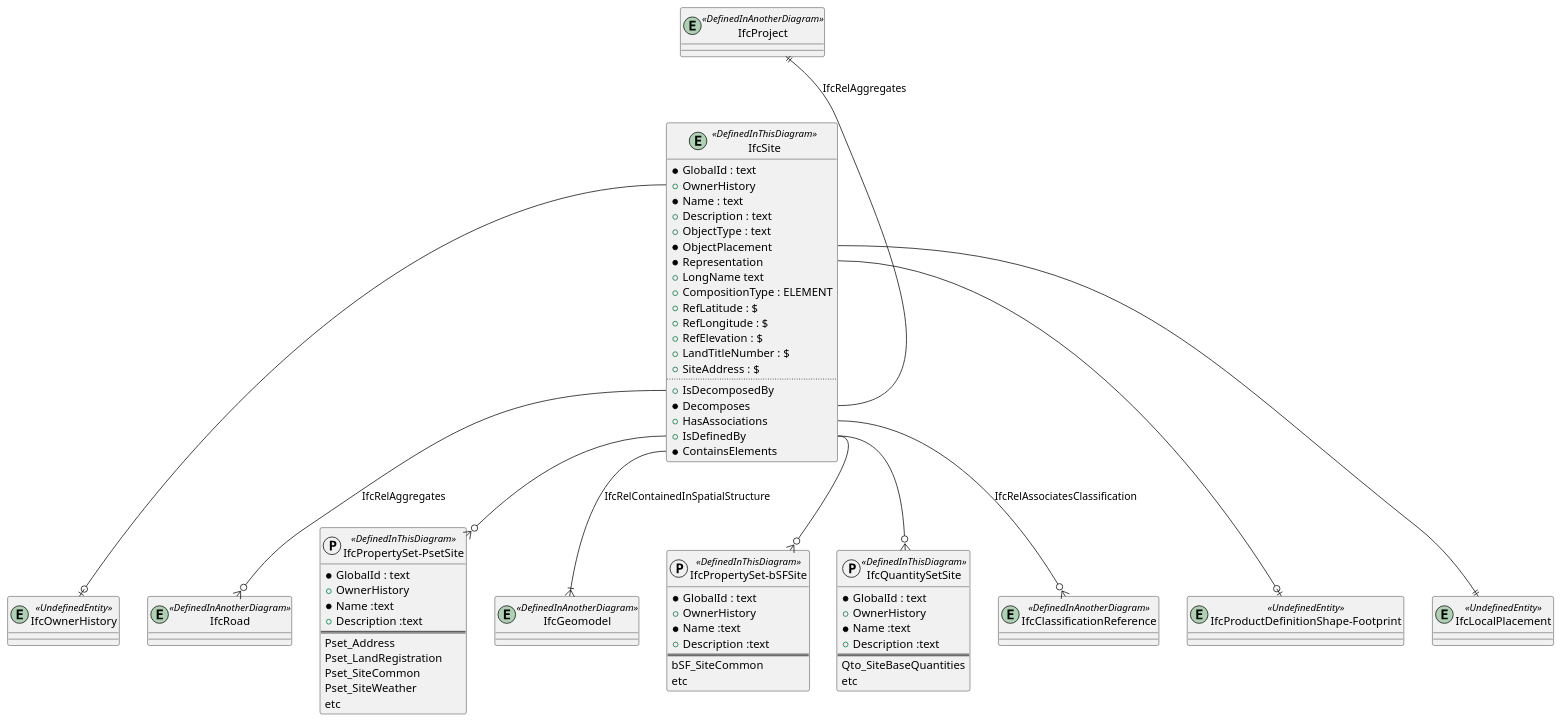
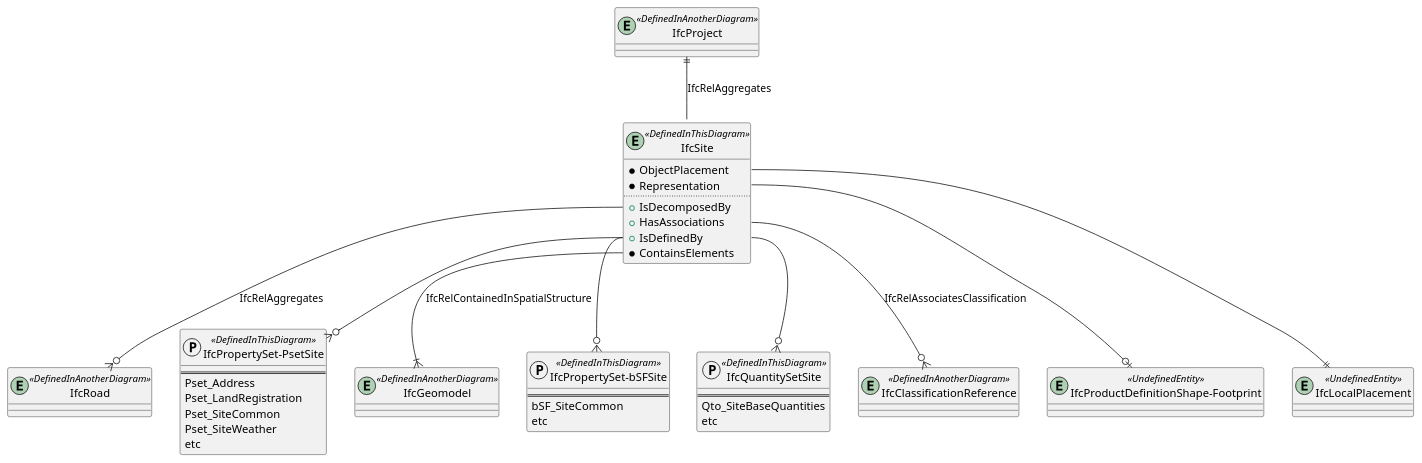
The diagram in diagrams/bsf-IfcSite.pu (buildingSMART-Finland/RYTV-IFCRoute), drawn with PlantUML before and after one commit. The commit also changed 5 other files, not shown here.

Commit message:
Changes to diagrams and markdown - Material related stuff removed - Unused entity members removed - Table format for property sets

```diff
--- a/diagrams/bsf-IfcSite.pu
+++ b/diagrams/bsf-IfcSite.pu
@@ -1,92 +1,65 @@
 @startuml 
 
 entity IfcSite <<DefinedInThisDiagram>>
 {
-  *GlobalId : text
-  +OwnerHistory
-  *Name : text
-  +Description : text
-  +ObjectType : text
   *ObjectPlacement
   *Representation
-  +LongName text
-  +CompositionType : ELEMENT
-  +RefLatitude : $
-  +RefLongitude : $
-  +RefElevation : $
-  +LandTitleNumber : $
-  +SiteAddress : $
   ..
   +IsDecomposedBy
-  *Decomposes
   +HasAssociations
   +IsDefinedBy
   *ContainsElements
 }
 
-entity IfcOwnerHistory <<UndefinedEntity>>
 
 entity IfcProject <<DefinedInAnotherDiagram>>
 entity IfcRoad <<DefinedInAnotherDiagram>> 
 
 IfcProject||--IfcSite::Decomposes : IfcRelAggregates
 
 IfcSite::IsDecomposedBy--o{IfcRoad : IfcRelAggregates
 
 protocol "IfcPropertySet-PsetSite" <<DefinedInThisDiagram>>
 {
-  *GlobalId : text
-  +OwnerHistory
-  *Name :text
-  +Description :text
   ==
   Pset_Address
   Pset_LandRegistration
   Pset_SiteCommon
   Pset_SiteWeather
   etc
 }
 
 entity IfcGeomodel <<DefinedInAnotherDiagram>>
 IfcSite::ContainsElements--|{IfcGeomodel : IfcRelContainedInSpatialStructure
 
 protocol "IfcPropertySet-bSFSite" <<DefinedInThisDiagram>>
 {
-  *GlobalId : text
-  +OwnerHistory
-  *Name :text
-  +Description :text
   ==
   bSF_SiteCommon
   etc
 }
 
 protocol "IfcQuantitySetSite" <<DefinedInThisDiagram>>
 {
-  *GlobalId : text
-  +OwnerHistory
-  *Name :text
-  +Description :text
   ==
   Qto_SiteBaseQuantities
   etc
 }
 
-IfcSite::OwnerHistory --o| IfcOwnerHistory
 
 entity IfcClassificationReference <<DefinedInAnotherDiagram>>
 IfcSite::HasAssociations --o{ IfcClassificationReference : IfcRelAssociatesClassification
 
 entity "IfcProductDefinitionShape-Footprint" <<UndefinedEntity>>
 IfcSite::Representation --o| "IfcProductDefinitionShape-Footprint"
 
 entity IfcLocalPlacement <<UndefinedEntity>>
 IfcSite::ObjectPlacement--||IfcLocalPlacement
 
 
 IfcSite::IsDefinedBy --o{ "IfcPropertySet-PsetSite"
 IfcSite::IsDefinedBy --o{ "IfcPropertySet-bSFSite"
 IfcSite::IsDefinedBy --o{ "IfcQuantitySetSite"
 
 
 @enduml
```
